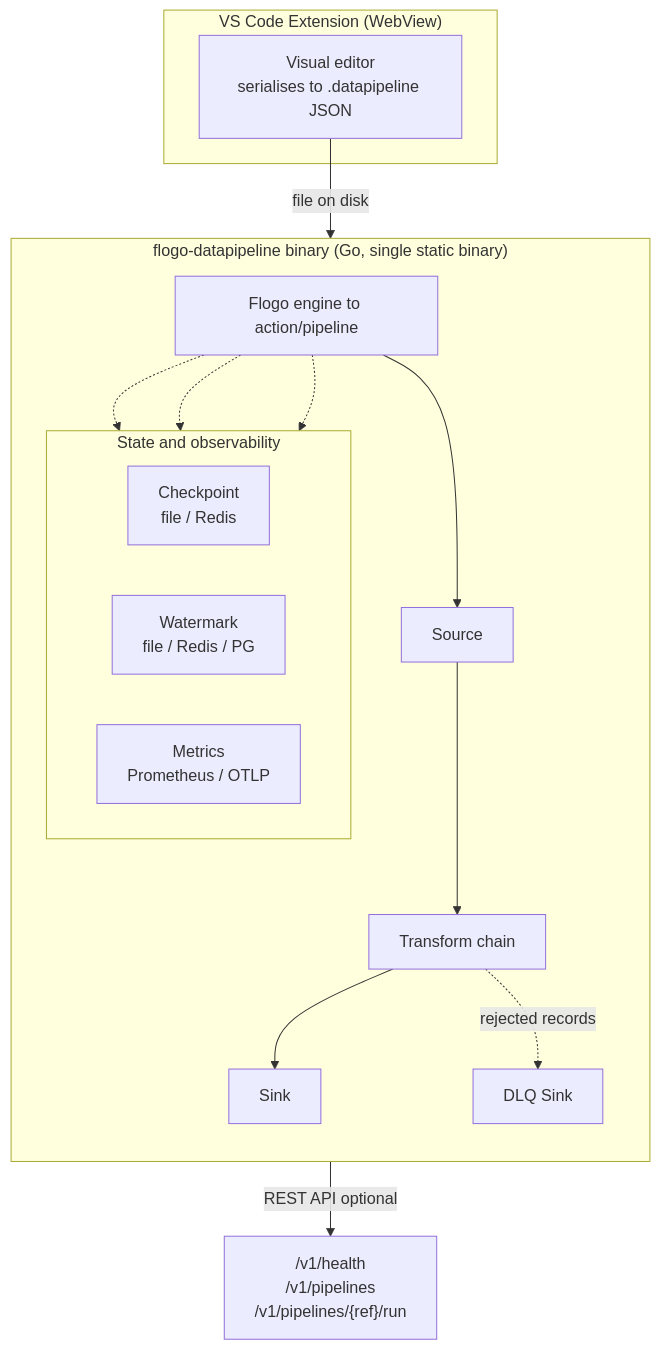
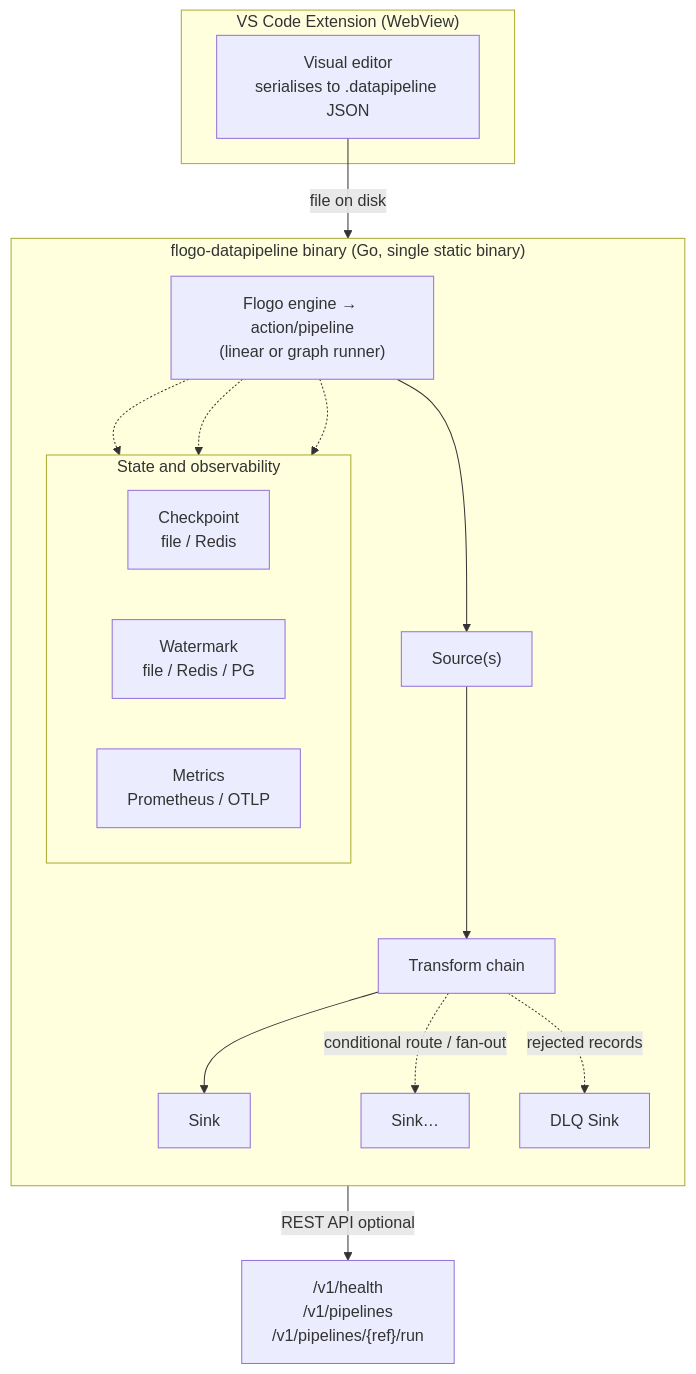
One commit to mpandav-tibco/flogo-datapipeline changed the diagram in README.md. Above: the diagram before and after it, drawn with Mermaid. The commit also changed other lines of this file and 8 other files, not shown here.

First line of the commit message:
docs: document the graph (DAG) runner and the union transform

````diff
--- a/README.md
+++ b/README.md
@@ -119,30 +124,31 @@
 ```mermaid
 flowchart TB
     subgraph Studio["VS Code Extension (WebView)"]
         editor["Visual editor<br/>serialises to .datapipeline JSON"]
     end
 
     editor -->|file on disk| binary
 
     subgraph binary["flogo-datapipeline binary (Go, single static binary)"]
         direction TB
-        engine["Flogo engine to action/pipeline"]
-        engine --> source["Source"]
+        engine["Flogo engine → action/pipeline<br/>(linear or graph runner)"]
+        engine --> source["Source(s)"]
         source --> transforms["Transform chain"]
         transforms --> sink["Sink"]
+        transforms -.->|conditional route / fan-out| sink2["Sink…"]
         transforms -.->|rejected records| dlq["DLQ Sink"]
 
         subgraph state["State and observability"]
             direction LR
             checkpoint["Checkpoint<br/>file / Redis"]
             watermark["Watermark<br/>file / Redis / PG"]
             metrics["Metrics<br/>Prometheus / OTLP"]
         end
 
         engine -.-> checkpoint
         engine -.-> watermark
         engine -.-> metrics
     end
 
     binary -->|REST API optional| api["/v1/health<br/>/v1/pipelines<br/>/v1/pipelines/{ref}/run"]
 ```
````
